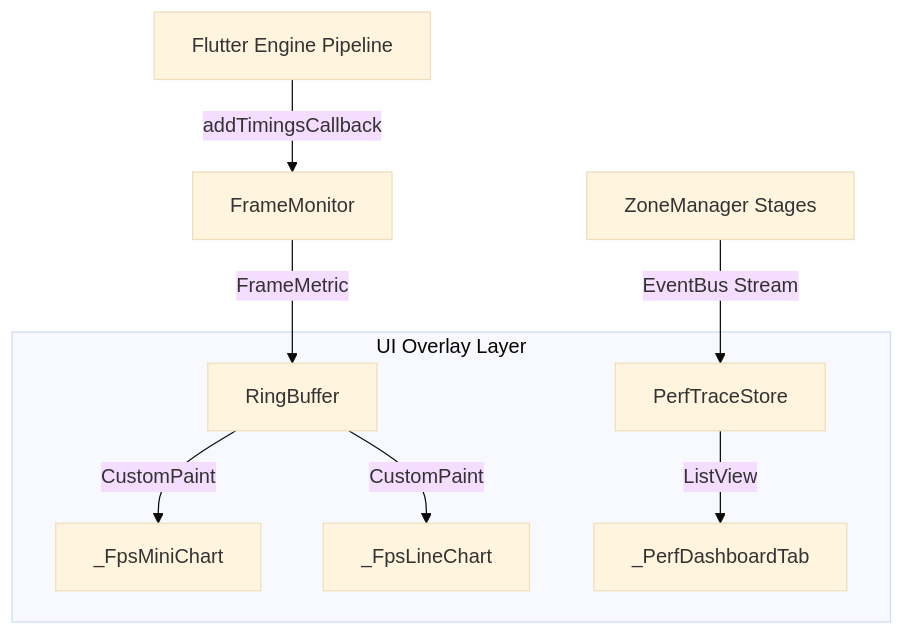
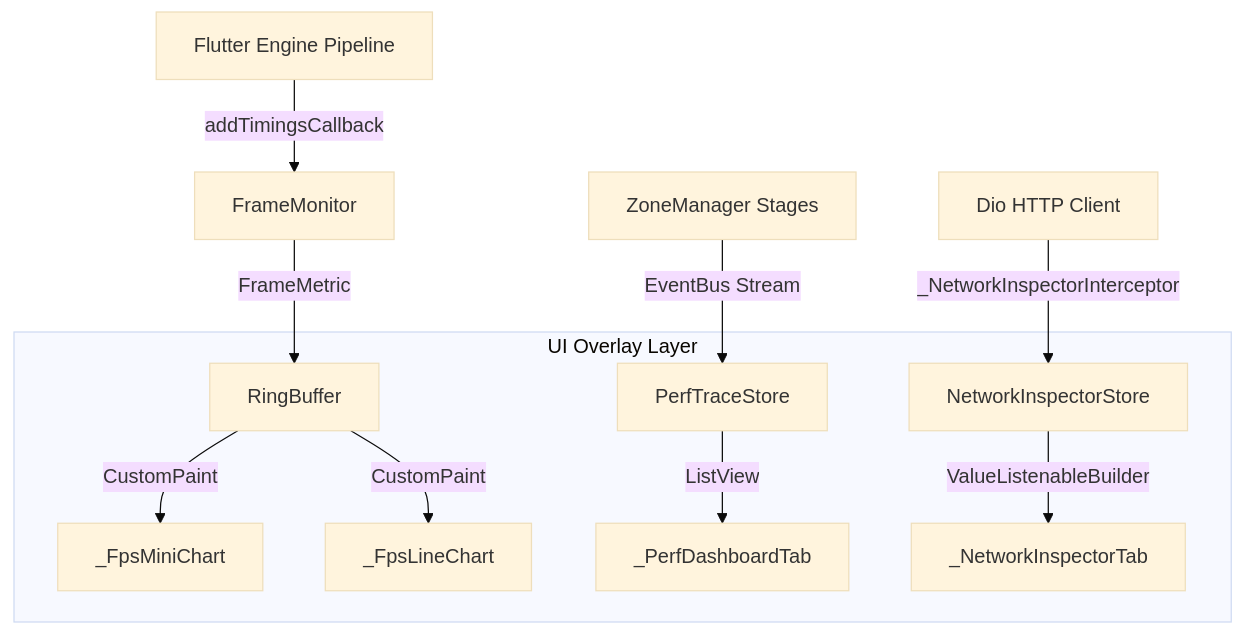
One commit to listen2code/ListenPortfolioFlutter changed the diagram in docs/apm_performance_monitoring_design.md. Above: the diagram before and after it, drawn with Mermaid (base theme). The commit also changed other lines of this file and 5 other files, not shown here.

First line of the commit message:
Implement network inspector and update log overlay

````diff
--- a/docs/apm_performance_monitoring_design.md
+++ b/docs/apm_performance_monitoring_design.md
@@ -11,12 +11,14 @@
 ```mermaid
 graph TD
   Engine[Flutter Engine Pipeline] -->|addTimingsCallback| Monitor[FrameMonitor]
   Monitor -->|FrameMetric| Buffer[RingBuffer]
   ZoneManager[ZoneManager Stages] -->|EventBus Stream| Store[PerfTraceStore]
+  Dio[Dio HTTP Client] -->|_NetworkInspectorInterceptor| NetStore[NetworkInspectorStore]
   
   subgraph UI Overlay Layer
     Buffer -->|CustomPaint| MiniChart[_FpsMiniChart]
     Buffer -->|CustomPaint| LineChart[_FpsLineChart]
     Store -->|ListView| Dash[_PerfDashboardTab]
+    NetStore -->|ValueListenableBuilder| NetTab[_NetworkInspectorTab]
   end
 ```
````
